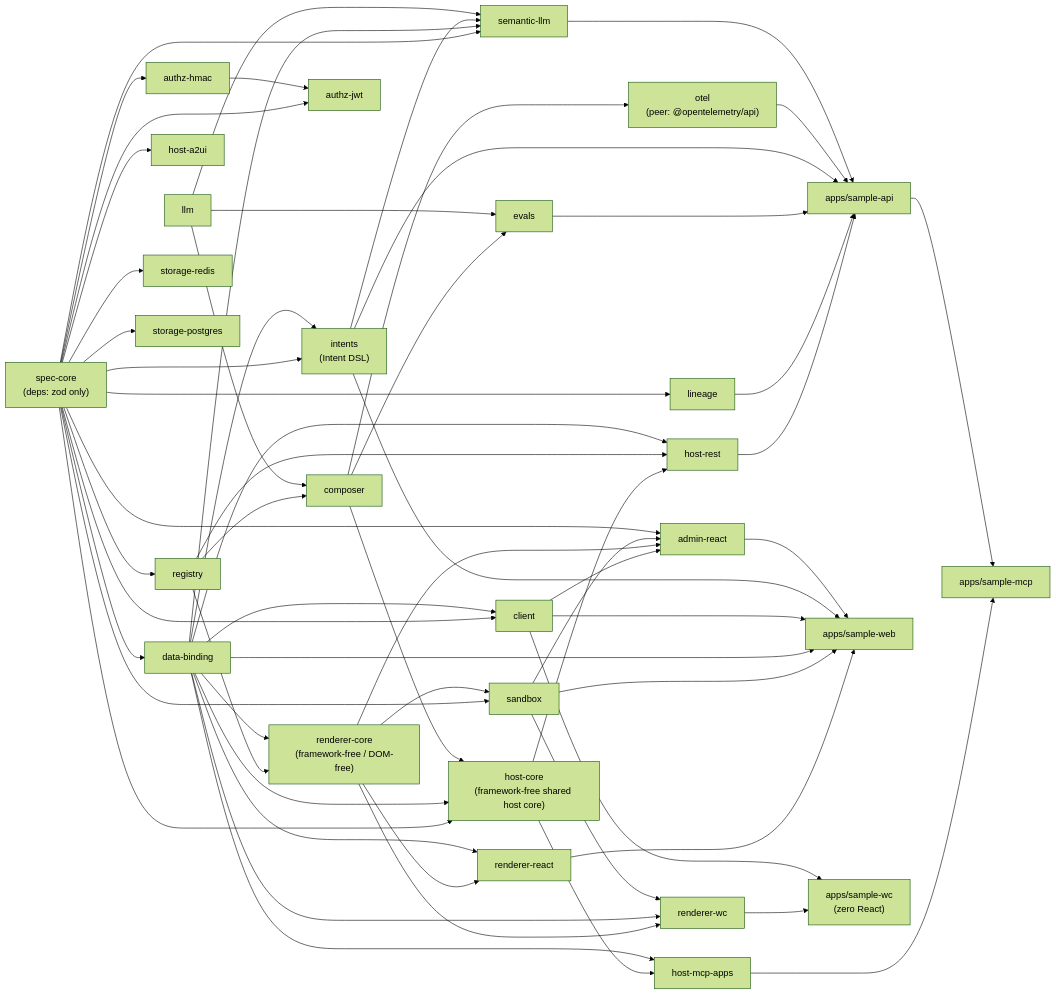
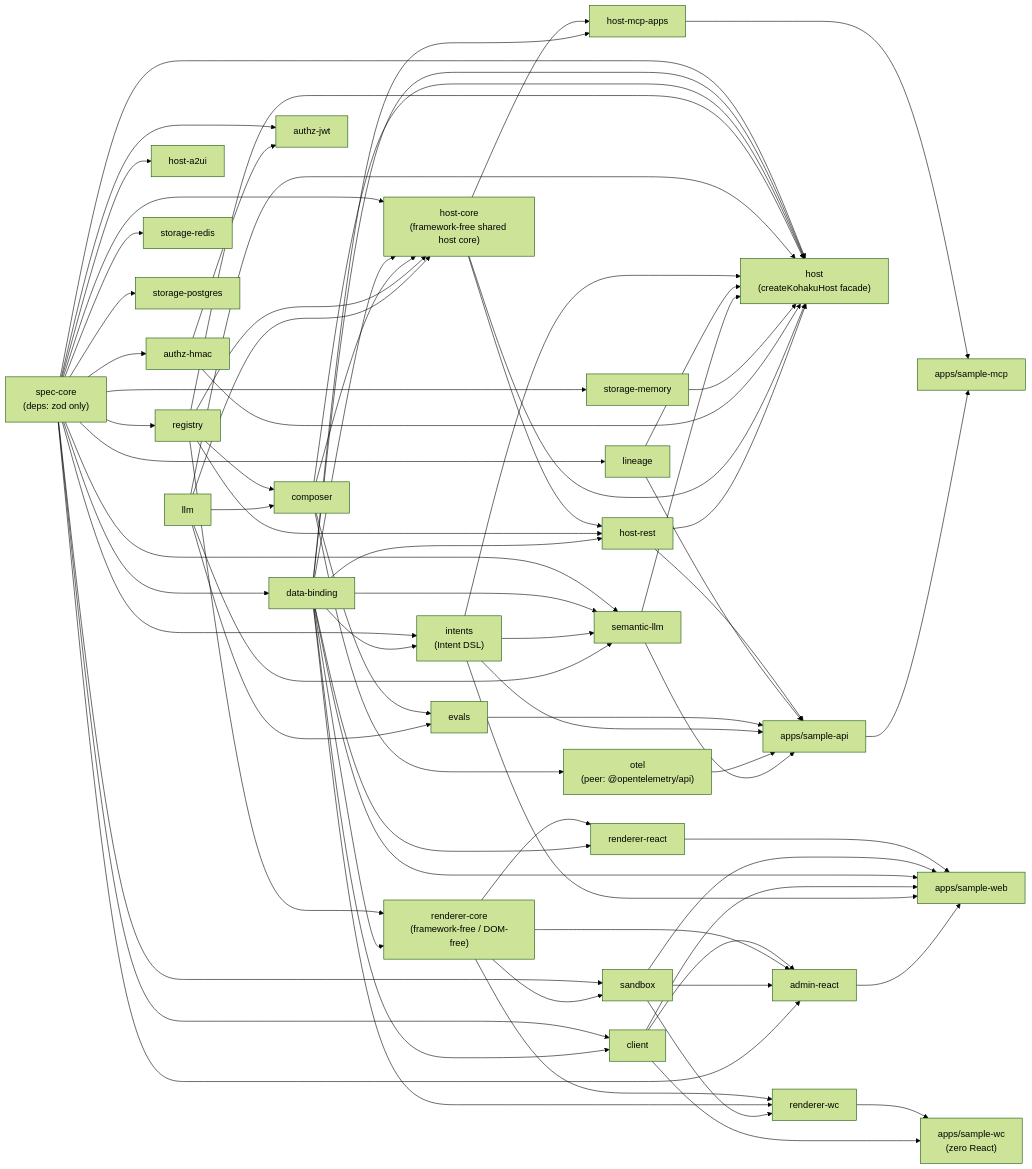
One commit to yosuque/kohaku changed the second of 4 diagrams in docs/design.md. Above: the diagram before and after it, drawn with Mermaid (forest theme). The commit also changed other lines of this file and 3 other files, not shown here.

First line of the commit message:
docs(design): align the policyFingerprint derivation and host-core dependencies with the code

````diff
--- a/docs/design.md
+++ b/docs/design.md
@@ -54,31 +54,33 @@
 ```mermaid
 flowchart LR
     SC["spec-core<br/>(deps: zod only)"]
     SC --> RG["registry"]
     SC --> DB["data-binding"]
     SC & DB --> INT["intents<br/>(Intent DSL)"]
     LL["llm"]
     RG & LL --> CP["composer"]
     RG & DB --> RC["renderer-core<br/>(framework-free / DOM-free)"]
     RC & DB --> RR["renderer-react"]
     RC & DB & SB --> RW["renderer-wc"]
     SC & RC --> SB["sandbox"]
     SC --> LN["lineage"]
     SC & DB --> CL["client"]
     CP & LL --> EV["evals"]
-    SC & DB & CP --> HC["host-core<br/>(framework-free shared host core)"]
+    SC & DB & CP & RG & LL --> HC["host-core<br/>(framework-free shared host core)"]
     HC & RG & DB --> HR["host-rest"]
     HC & DB --> HM["host-mcp-apps"]
     CP --> OT["otel<br/>(peer: @opentelemetry/api)"]
     SC --> HA["host-a2ui"]
     SC --> AH["authz-hmac"]
     SC & AH --> AJ["authz-jwt"]
     SC --> SR["storage-redis"]
     SC --> SP["storage-postgres"]
     SC & DB & INT & LL --> SL["semantic-llm"]
+    SC --> SM["storage-memory"]
+    SC & DB & CP & RG & LL & INT & LN & SL & SM & AH & HC & HR --> HOST["host<br/>(createKohakuHost facade)"]
     CL & RC & SB & SC --> AR["admin-react"]
     HR & LN & EV & INT & OT & SL --> API["apps/sample-api"]
     RR & SB & DB & CL & INT & AR --> WEBAPP["apps/sample-web"]
     RW & CL --> WCAPP["apps/sample-wc<br/>(zero React)"]
     HM & API --> MCP["apps/sample-mcp"]
 ```
````
